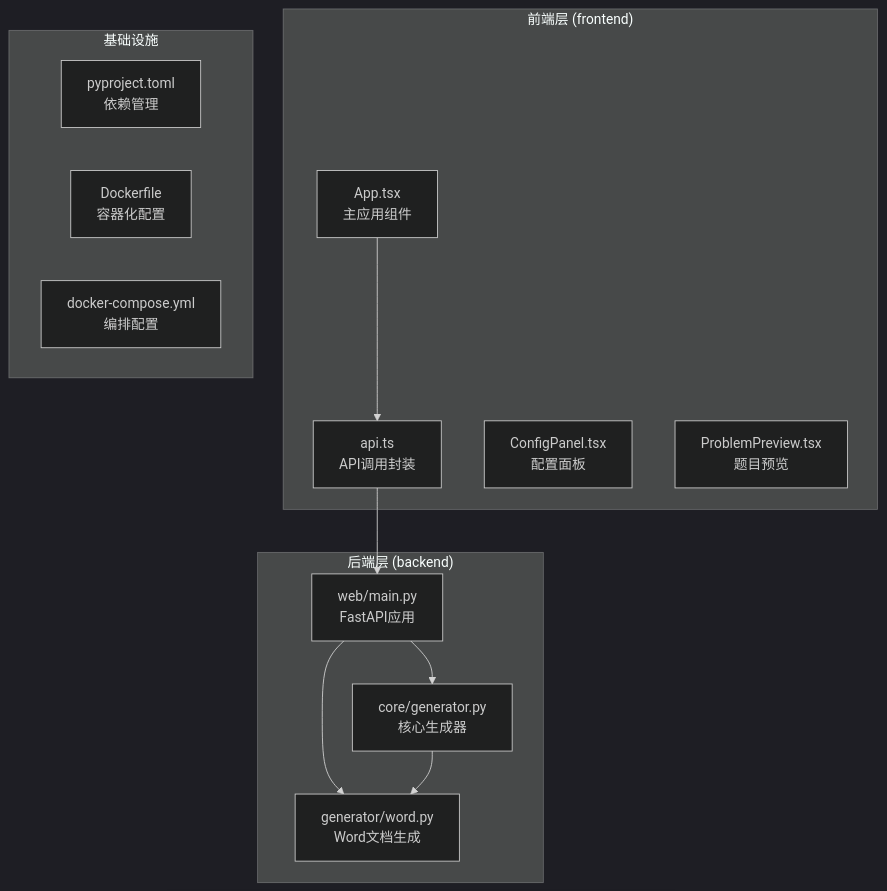
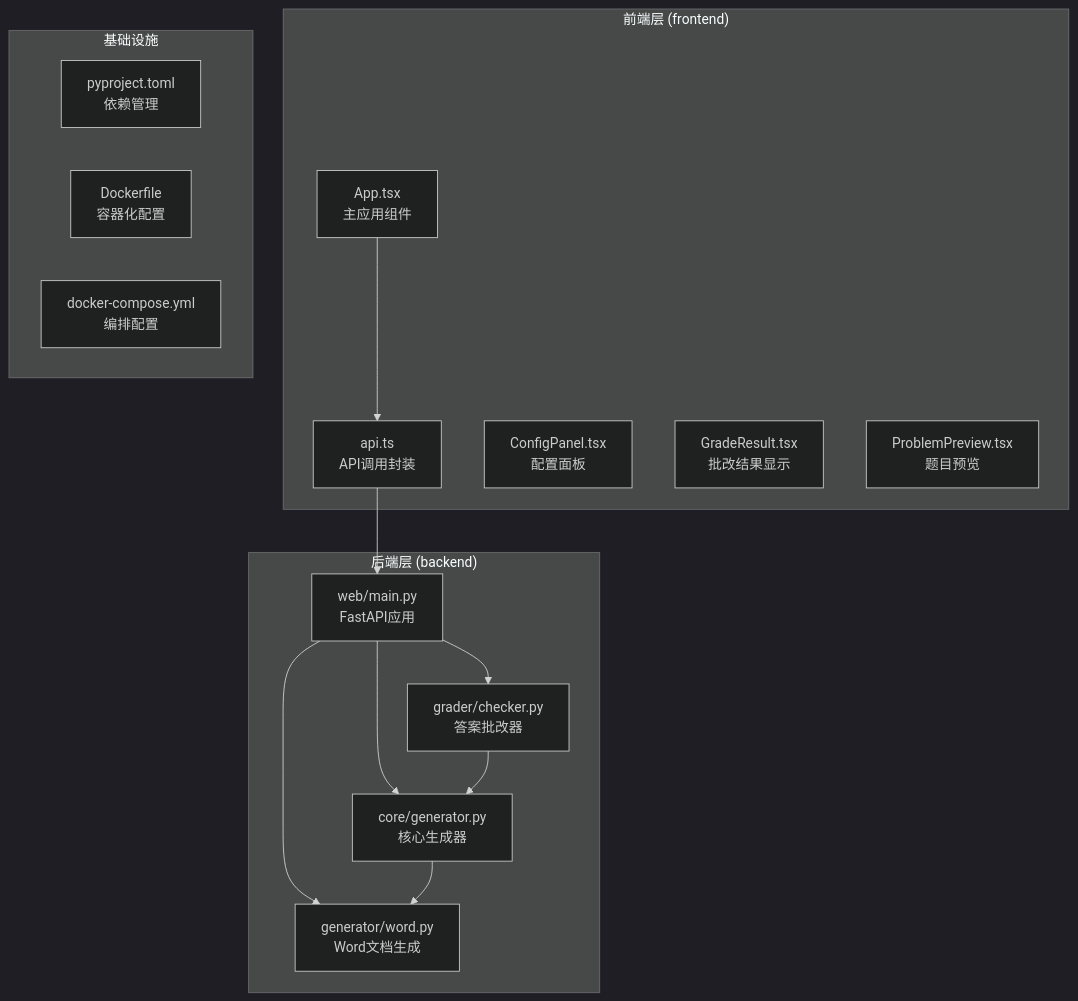
Before and after one commit to SimonWHL/math-learning: the first of 12 diagrams in .qoder/repowiki/zh/content/项目结构/Web API接口.md, drawn with Mermaid (dark theme). The commit also changed other lines of this file and 17 other files, not shown here.

````diff
--- a/.qoder/repowiki/zh/content/项目结构/Web API接口.md
+++ b/.qoder/repowiki/zh/content/项目结构/Web API接口.md
@@ -40,24 +51,28 @@
 ```mermaid
 graph TB
 subgraph "前端层 (frontend)"
 FE_API[api.ts<br/>API调用封装]
 FE_APP[App.tsx<br/>主应用组件]
 FE_CONFIG[ConfigPanel.tsx<br/>配置面板]
+FE_GRADE[GradeResult.tsx<br/>批改结果显示]
 FE_PREVIEW[ProblemPreview.tsx<br/>题目预览]
 end
 subgraph "后端层 (backend)"
 BE_MAIN[web/main.py<br/>FastAPI应用]
 BE_CORE[core/generator.py<br/>核心生成器]
 BE_WORD[generator/word.py<br/>Word文档生成]
+BE_GRADER[grader/checker.py<br/>答案批改器]
 end
 subgraph "基础设施"
 PY_PROJECT[pyproject.toml<br/>依赖管理]
 DOCKER[Dockerfile<br/>容器化配置]
 COMPOSE[docker-compose.yml<br/>编排配置]
 end
 FE_APP --> FE_API
 FE_API --> BE_MAIN
 BE_MAIN --> BE_CORE
 BE_MAIN --> BE_WORD
+BE_MAIN --> BE_GRADER
 BE_CORE --> BE_WORD
+BE_GRADER --> BE_CORE
 ```
````
